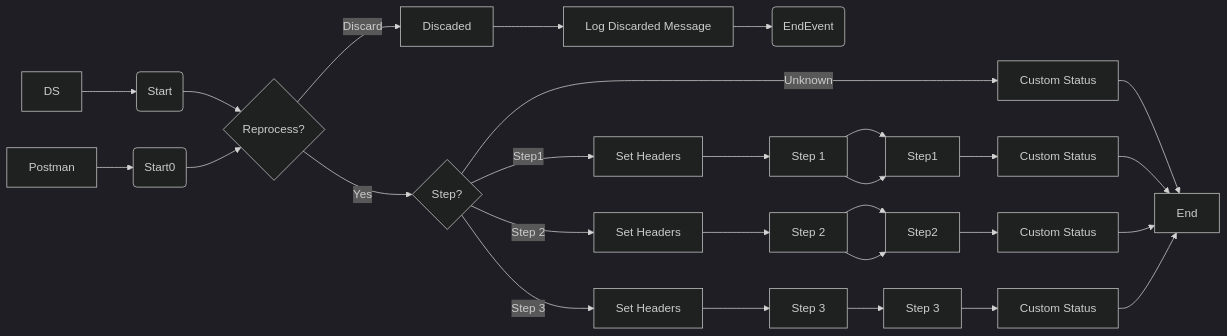
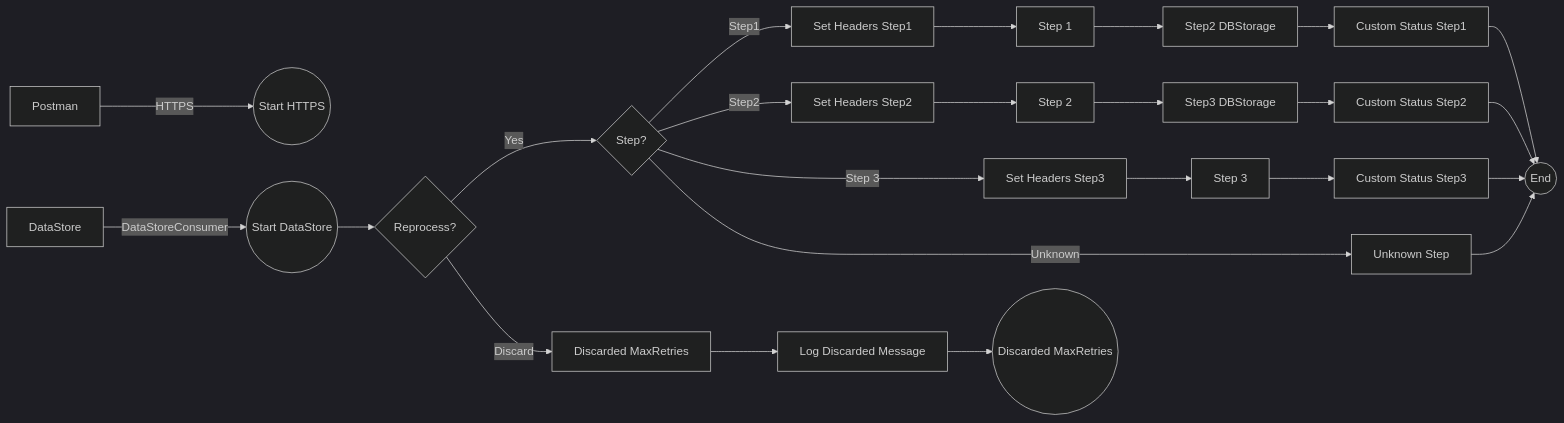
The diagram in MMZ - Cell Iflows/SEDA_Model_-_Single_DS_-_Restart_and_Discard_MMZ-1.0.1/readme.md (Avvale-IA-CICD/AvvaleCPI), drawn with Mermaid (dark theme) before and after one commit. The commit also changed other lines of this file, not shown here.

Commit message:
Add/update documentation for SEDA_Model_-_Single_DS_-_Restart_and_Discard_MMZ v1.0.1

````diff
--- a/MMZ - Cell Iflows/SEDA_Model_-_Single_DS_-_Restart_and_Discard_MMZ-1.0.1/readme.md
+++ b/MMZ - Cell Iflows/SEDA_Model_-_Single_DS_-_Restart_and_Discard_MMZ-1.0.1/readme.md
@@ -5,37 +4,52 @@
 ```mermaid
 graph LR
-    Postman[Postman] --> HTTPS(Start0)
-    DS[DS] --> DataStoreConsumer(Start)
-    DataStoreConsumer(Start) --> Reprocess{Reprocess?}
-    HTTPS(Start0) --> Reprocess
+    Postman[Postman]
+    DS[DataStore]
+    StartEvent_12079784((Start HTTPS))
+    StartEvent_2((Start DataStore))
+    ExclusiveGateway_9098{Reprocess?}
+    ExclusiveGateway_12{Step?}
+    CallActivity_12079790[Set Headers Step1]
+    CallActivity_12079792[Set Headers Step2]
+    CallActivity_12079794[Set Headers Step3]
+    CallActivity_15[Step 1]
+    CallActivity_18[Step 2]
+    CallActivity_21[Step 3]
+    CallActivity_12079780[Step2 DBStorage]
+    CallActivity_12079781[Step3 DBStorage]
+    CallActivity_9071[Custom Status Step1]
+    CallActivity_9077[Custom Status Step2]
+    CallActivity_9074[Custom Status Step3]
+    CallActivity_20[Unknown Step]
+    EndEvent_2((End))
+    CallActivity_9101[Discarded MaxRetries]
+    EndEvent_9104((Discarded MaxRetries))
 
-    Reprocess{Reprocess?} -- Yes --> StepGateway{Step?}
-    Reprocess -- Discard --> Discaded[Discaded]
-    Discaded --> LogDiscarded[Log Discarded Message]
-    LogDiscarded --> DiscardedMaxRetries(EndEvent)
+    Postman -- HTTPS --> StartEvent_12079784
+    DS -- DataStoreConsumer --> StartEvent_2
+    StartEvent_2 --> ExclusiveGateway_9098
+    ExclusiveGateway_9098 -- Yes --> ExclusiveGateway_12
+    ExclusiveGateway_9098 -- Discard --> CallActivity_9101
+    CallActivity_9101 --> CallActivity_12079775[Log Discarded Message]
+    CallActivity_12079775 --> EndEvent_9104
 
-    StepGateway -- Step1 --> SetHeaders1[Set Headers]
-    StepGateway -- Step 2 --> SetHeaders2[Set Headers]
-    StepGateway -- Step 3 --> SetHeaders3[Set Headers]
-    StepGateway -- Unknown --> UnknownStep[Custom Status]
-    UnknownStep --> End
+    ExclusiveGateway_12 -- Step1 --> CallActivity_12079790
+    ExclusiveGateway_12 -- Step2 --> CallActivity_12079792
+    ExclusiveGateway_12 -- Step 3 --> CallActivity_12079794
+    ExclusiveGateway_12 -- Unknown --> CallActivity_20
+    CallActivity_20 --> EndEvent_2
 
-    SetHeaders1 --> Step1[Step 1]
-    SetHeaders2 --> Step2[Step 2]
-    SetHeaders3 --> Step3[Step 3]
+    CallActivity_12079790 --> CallActivity_15
+    CallActivity_12079792 --> CallActivity_18
+    CallActivity_12079794 --> CallActivity_21
 
-    Step1 --> StoreStep1[Step1]
-    Step2 --> StoreStep2[Step2]
-    StoreStep1 --> CustomStatus1[Custom Status]
-    StoreStep2 --> CustomStatus2[Custom Status]
+    CallActivity_15 --> CallActivity_12079780
+    CallActivity_18 --> CallActivity_12079781
+    CallActivity_21 --> CallActivity_9074
+    CallActivity_12079780 --> CallActivity_9071
+    CallActivity_12079781 --> CallActivity_9077
 
-    CustomStatus1 --> End
-    CustomStatus2 --> End
-
-    Step1 --> StoreStep1
-    Step2 --> StoreStep2
-    Step3 --> Step3Call[Step 3]
-
-    Step3Call --> CustomStatus3[Custom Status]
-    CustomStatus3 --> End
+    CallActivity_9071 --> EndEvent_2
+    CallActivity_9077 --> EndEvent_2
+    CallActivity_9074 --> EndEvent_2
 ```
````
